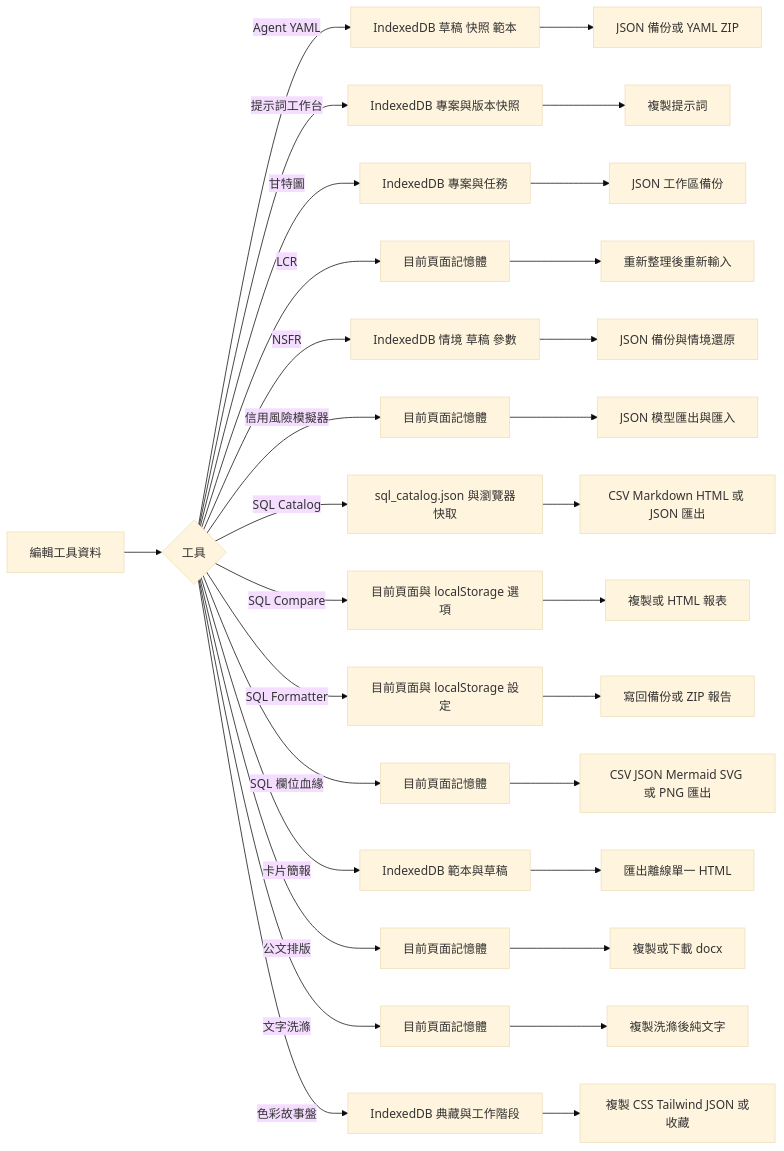
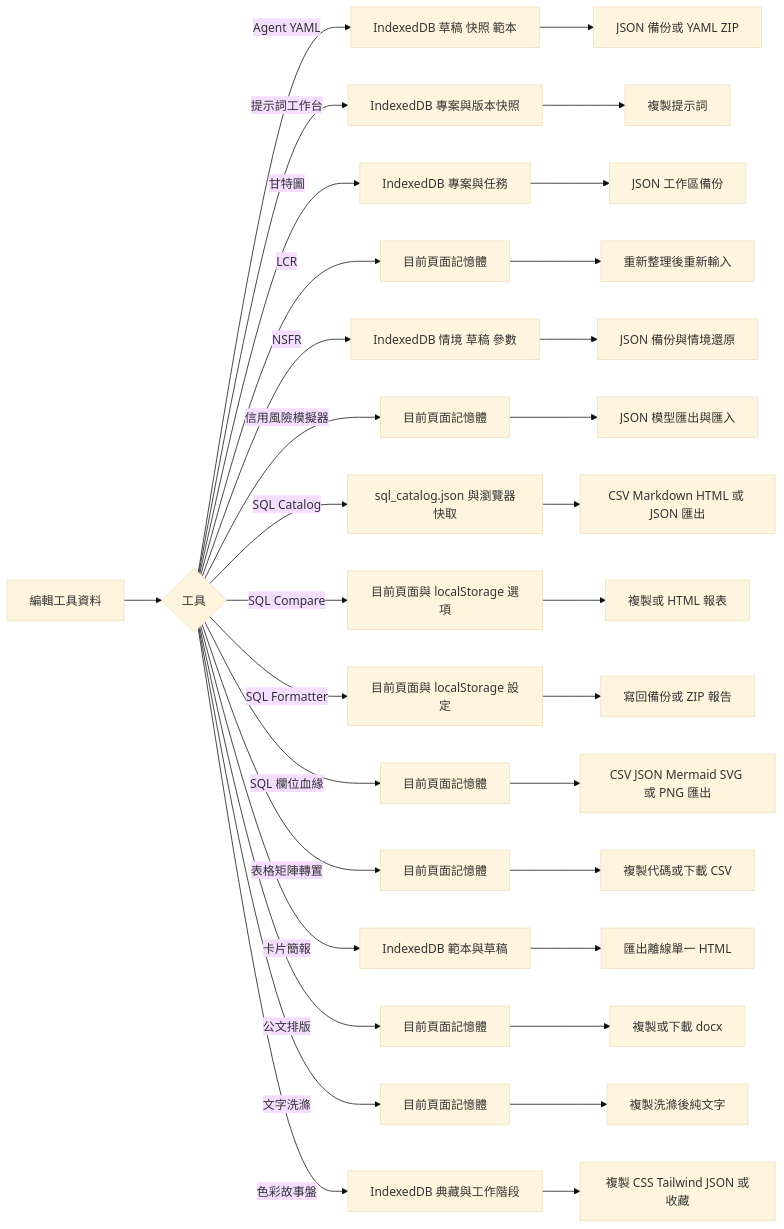
Before and after one commit to DunkLiao/my-spa-tools: diagram 16 of 16 in README.md, drawn with Mermaid (base theme). The commit also changed other lines of this file and 4 other files, not shown here.

````diff
--- a/README.md
+++ b/README.md
@@ -754,32 +814,34 @@
 ```mermaid
 flowchart LR
     A[編輯工具資料] --> B{工具}
     B -->|Agent YAML| C[IndexedDB 草稿 快照 範本]
     B -->|提示詞工作台| AE[IndexedDB 專案與版本快照]
     B -->|甘特圖| D[IndexedDB 專案與任務]
     B -->|LCR| E[目前頁面記憶體]
     B -->|NSFR| K[IndexedDB 情境 草稿 參數]
     B -->|信用風險模擬器| U[目前頁面記憶體]
     B -->|SQL Catalog| I[sql_catalog.json 與瀏覽器快取]
     B -->|SQL Compare| M[目前頁面與 localStorage 選項]
     B -->|SQL Formatter| N[目前頁面與 localStorage 設定]
     B -->|SQL 欄位血緣| R[目前頁面記憶體]
+    B -->|表格矩陣轉置| AG[目前頁面記憶體]
     B -->|卡片簡報| W[IndexedDB 範本與草稿]
     B -->|公文排版| Y[目前頁面記憶體]
     B -->|文字洗滌| AC[目前頁面記憶體]
     B -->|色彩故事盤| AA[IndexedDB 典藏與工作階段]
     C --> F[JSON 備份或 YAML ZIP]
     D --> G[JSON 工作區備份]
     E --> H[重新整理後重新輸入]
     K --> L[JSON 備份與情境還原]
     U --> V[JSON 模型匯出與匯入]
     I --> J[CSV Markdown HTML 或 JSON 匯出]
     M --> O[複製或 HTML 報表]
     N --> P[寫回備份或 ZIP 報告]
     R --> S[CSV JSON Mermaid SVG 或 PNG 匯出]
+    AG --> AH[複製代碼或下載 CSV]
     W --> X[匯出離線單一 HTML]
     Y --> Z[複製或下載 docx]
     AC --> AD[複製洗滌後純文字]
     AA --> AB[複製 CSS Tailwind JSON 或收藏]
     AE --> AF[複製提示詞]
 ```
````
